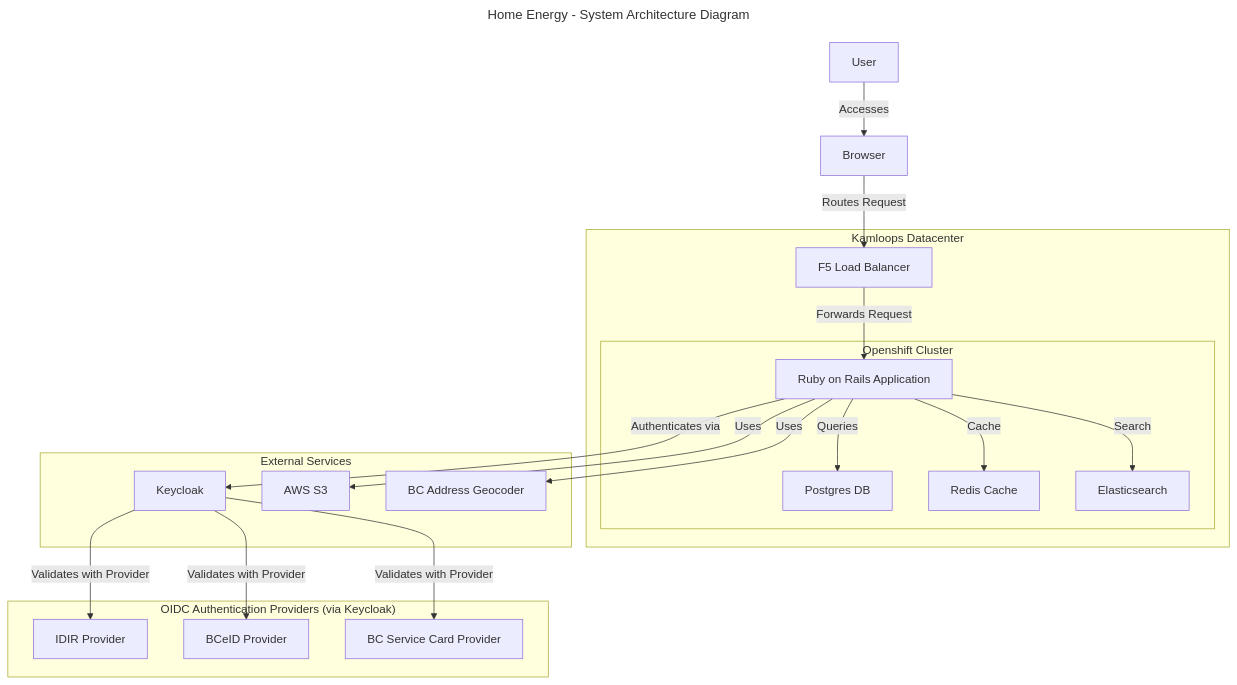
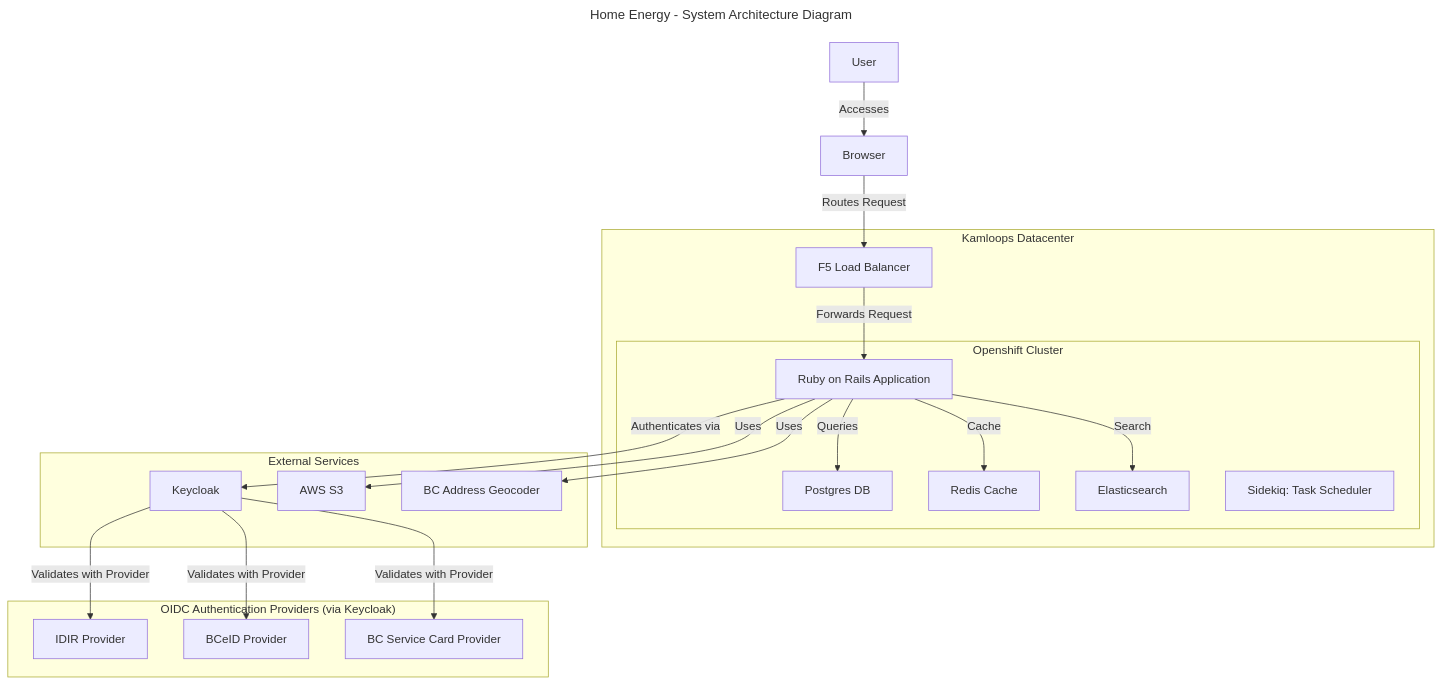
The diagram in docs/system-architecture-diagram.md (bcgov/bc-emli-application-sys), drawn with Mermaid before and after one commit.

Commit message:
chore: add sidekiq on system architecture diagram

````diff
--- a/docs/system-architecture-diagram.md
+++ b/docs/system-architecture-diagram.md
@@ -3,48 +3,49 @@
 ```mermaid
 ---
 title: Home Energy - System Architecture Diagram
 ---
 
 graph TD;
     %% Authentication Flow (Confidential OIDC via Keycloak)
     User[User] -->|Accesses| Browser[Browser]
     Browser -->|Routes Request| F5[F5 Load Balancer]
     F5 -->|Forwards Request| RailsApp[Ruby on Rails Application]
     RailsApp -->|Authenticates via| Keycloak[Keycloak]
     
     %% OIDC Providers (Proxied via Keycloak)
     subgraph "OIDC Authentication Providers (via Keycloak)"
         OIDC_IDIR[IDIR Provider]
         OIDC_BCeID[BCeID Provider]
         OIDC_BCSC[BC Service Card Provider]
     end
 
     Keycloak -->|Validates with Provider| OIDC_IDIR
     Keycloak -->|Validates with Provider| OIDC_BCeID
     Keycloak -->|Validates with Provider| OIDC_BCSC
 
     %% Kamloops Datacenter
     subgraph "Kamloops Datacenter"
         F5
         subgraph "Openshift Cluster"
             RailsApp
             Postgres[Postgres DB]
             Redis[Redis Cache]
             Elastic[Elasticsearch]
+            Sidekiq[Sidekiq: Task Scheduler]
         end
     end
 
     %% External Services
     subgraph "External Services"
         AWS_S3[AWS S3]
         Geocoder[BC Address Geocoder]
         Keycloak
     end
 
     %% Data Flow
     RailsApp -->|Queries| Postgres
     RailsApp -->|Cache| Redis
     RailsApp -->|Search| Elastic
     RailsApp -->|Uses| AWS_S3
     RailsApp -->|Uses| Geocoder
 ```
````
